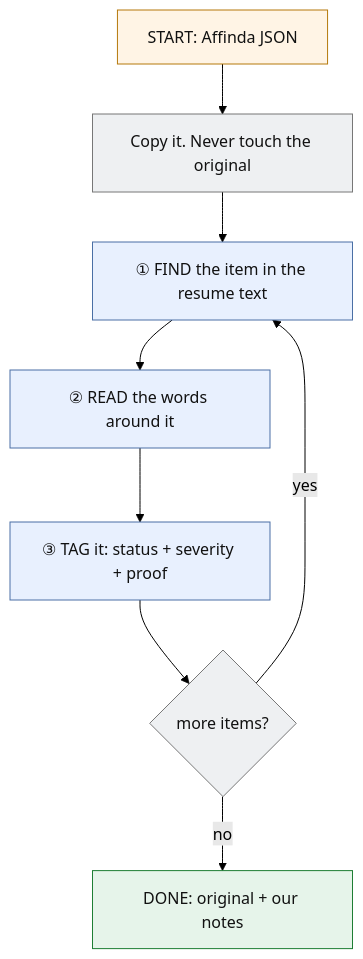
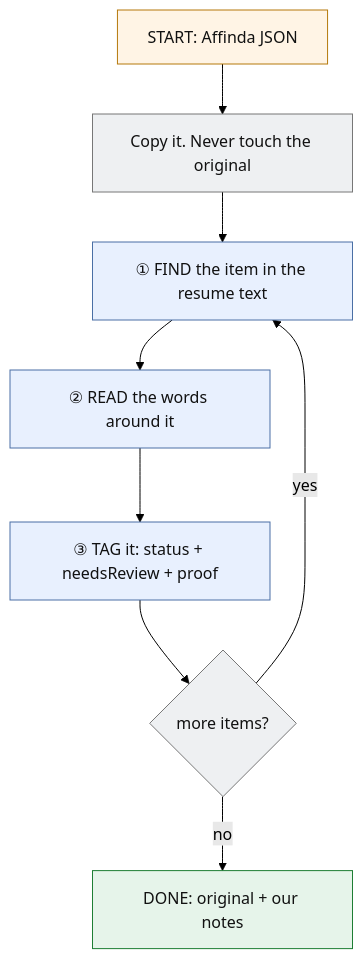
One commit to uiqvb/affinda-resume-enricher changed the third of 5 diagrams in README.md. Above: the diagram before and after it, drawn with Mermaid (forest theme). The commit also changed other lines of this file and 21 other files, not shown here.

First line of the commit message:
Rename severity field to needsReview (yes/no)

````diff
--- a/README.md
+++ b/README.md
@@ -73,14 +73,14 @@
 ```mermaid
 flowchart TD
     S["START: Affinda JSON"]:::a --> C["Copy it. Never touch the original"]:::g
     C --> L["① FIND the item in the resume text"]:::b
     L --> R["② READ the words around it"]:::b
-    R --> T["③ TAG it: status + severity + proof"]:::b
+    R --> T["③ TAG it: status + needsReview + proof"]:::b
     T --> M{"more items?"}:::g
     M -->|yes| L
     M -->|no| OUT["DONE: original + our notes"]:::e
     classDef a fill:#fff4e5,stroke:#b5790b,color:#111
     classDef g fill:#eef0f2,stroke:#777,color:#111
     classDef b fill:#e8f0fe,stroke:#4a6fa5,color:#111
     classDef e fill:#e6f4ea,stroke:#1e7e34,color:#111
 ```
````
